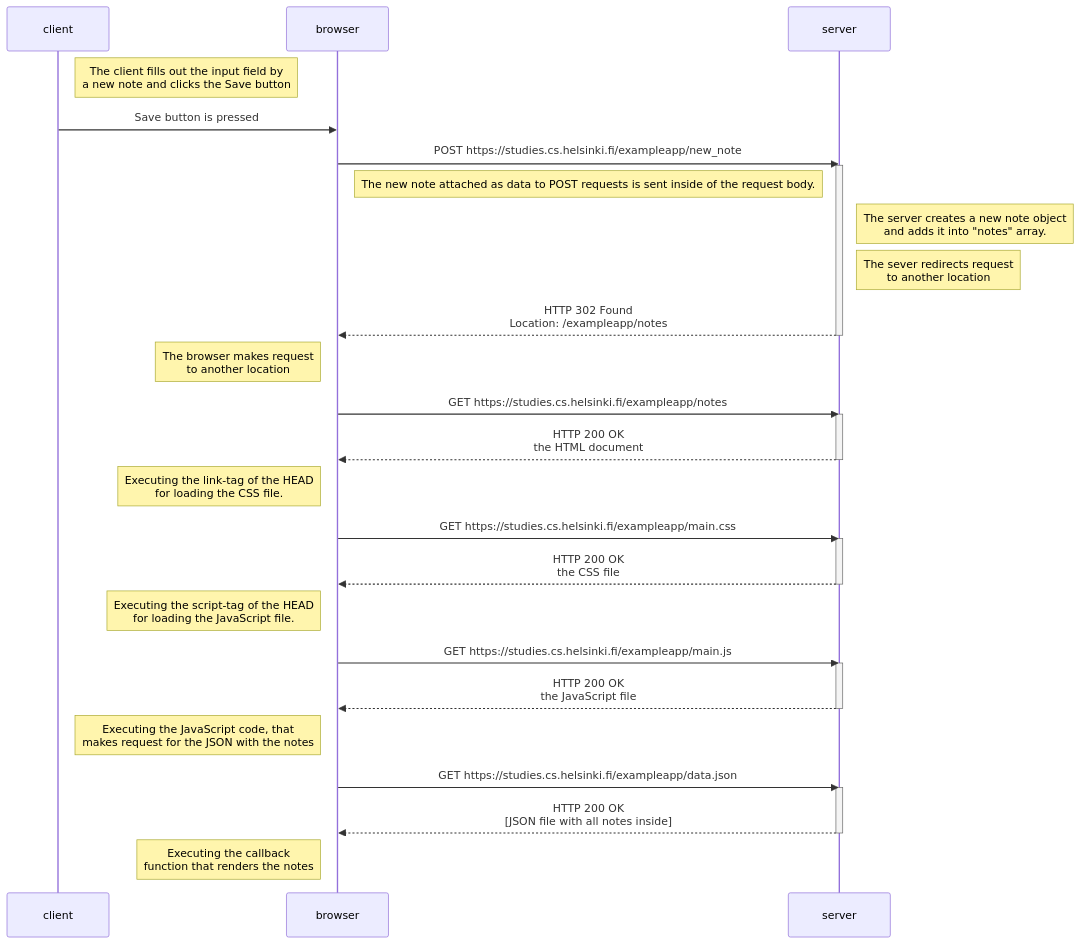
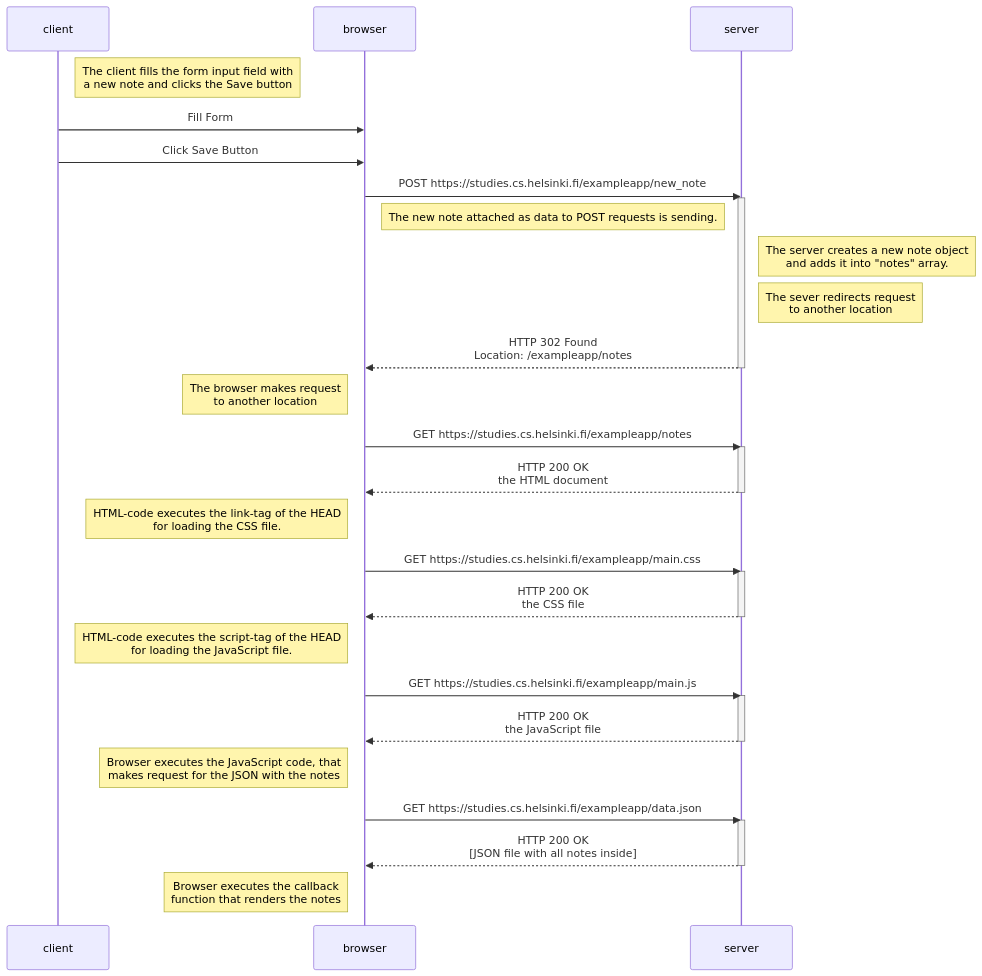
One commit to VadimZubchenko/fullstack-open-tehtavat changed the diagram in osa0/uusi_muistiinpano/README.md. Above: the diagram before and after it, drawn with Mermaid.

````diff
--- a/osa0/uusi_muistiinpano/README.md
+++ b/osa0/uusi_muistiinpano/README.md
@@ -1,43 +1,44 @@
 ```mermaid
 sequenceDiagram
     participant client
     participant browser
     participant server
     
-    Note right of client: The client fills out the input field by<br/>a new note and clicks the Save button
-    client->>browser: Save button is pressed
+    Note right of client: The client fills the form input field with<br/>a new note and clicks the Save button
+    client->>browser: Fill Form
+    client->>browser: Click Save Button
     browser->>server: POST https://studies.cs.helsinki.fi/exampleapp/new_note
     activate server
-    Note right of browser: The new note attached as data to POST requests is sent inside of the request body.
+    Note right of browser: The new note attached as data to POST requests is sending.
     Note right of server: The server creates a new note object<br/>and adds it into "notes" array.
     Note right of server: The sever redirects request<br/>to another location                         
     server-->>browser: HTTP 302 Found<br/>Location: /exampleapp/notes
     deactivate server
 
     Note left of browser: The browser makes request<br/>to another location
     browser->>server: GET https://studies.cs.helsinki.fi/exampleapp/notes
     activate server
     server-->>browser: HTTP 200 OK<br/>the HTML document
     deactivate server
 
-    Note left of browser: Executing the link-tag of the HEAD<br/>for loading the CSS file.
+    Note left of browser: HTML-code executes the link-tag of the HEAD<br/>for loading the CSS file.
     browser->>server: GET https://studies.cs.helsinki.fi/exampleapp/main.css
     activate server
     server-->>browser: HTTP 200 OK<br/>the CSS file
     deactivate server
-    Note left of browser: Executing the script-tag of the HEAD<br/>for loading the JavaScript file.
+    Note left of browser: HTML-code executes the script-tag of the HEAD<br/>for loading the JavaScript file.
 
     browser->>server: GET https://studies.cs.helsinki.fi/exampleapp/main.js
     activate server
     server-->>browser: HTTP 200 OK<br/>the JavaScript file
     deactivate server
     
-    Note left of browser: Executing the JavaScript code, that<br/>makes request for the JSON with the notes   
+    Note left of browser: Browser executes the JavaScript code, that<br/>makes request for the JSON with the notes   
     
     browser->>server: GET https://studies.cs.helsinki.fi/exampleapp/data.json
     activate server
     server-->>browser: HTTP 200 OK<br/>[JSON file with all notes inside]
     deactivate server    
 
-    Note left of browser: Executing the callback<br/>function that renders the notes
+    Note left of browser: Browser executes the callback<br/>function that renders the notes
 ```
````
